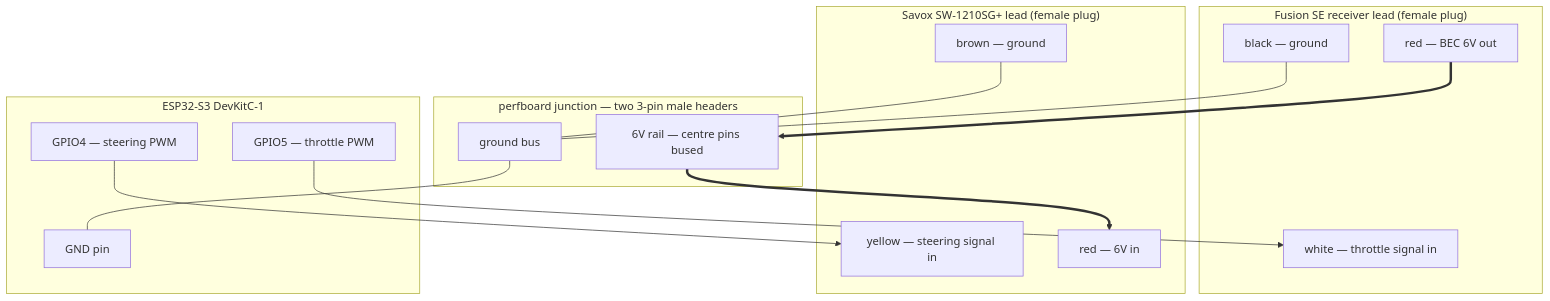
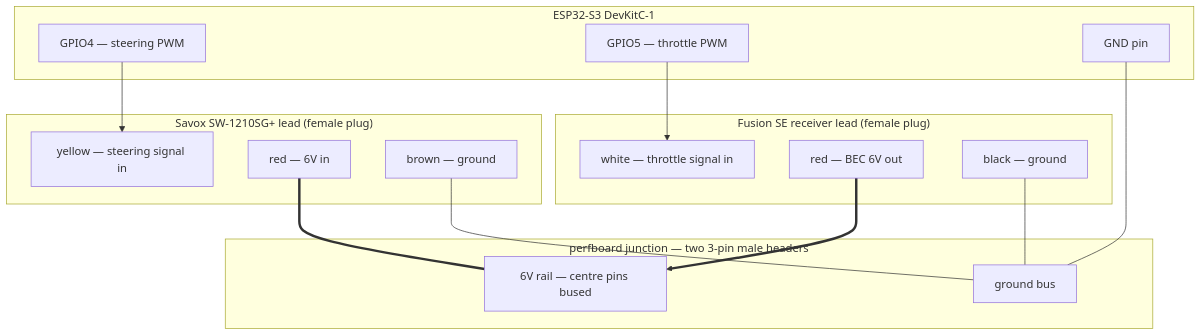
The second of 2 diagrams in hardware.md (op12no2/mike), drawn with Mermaid before and after one commit. The commit also changed other lines of this file, not shown here.

First line of the commit message:
junction schematic: portrait layout

````diff
--- a/hardware.md
+++ b/hardware.md
@@ -119,30 +119,30 @@
 ```mermaid
 flowchart TD
+  subgraph dev["ESP32-S3 DevKitC-1"]
+    g4["GPIO4 — steering PWM"]
+    g5["GPIO5 — throttle PWM"]
+    gp["GND pin"]
+  end
   subgraph esc["Fusion SE receiver lead (female plug)"]
     ew["white — throttle signal in"]
     er["red — BEC 6V out"]
     eb["black — ground"]
   end
   subgraph servo["Savox SW-1210SG+ lead (female plug)"]
     sy["yellow — steering signal in"]
     sr["red — 6V in"]
     sb["brown — ground"]
   end
   subgraph jct["perfboard junction — two 3-pin male headers"]
     rail["6V rail — centre pins bused"]
     gnd["ground bus"]
   end
-  subgraph dev["ESP32-S3 DevKitC-1"]
-    g4["GPIO4 — steering PWM"]
-    g5["GPIO5 — throttle PWM"]
-    gp["GND pin"]
-  end
 
+  g4 --> sy
+  g5 --> ew
+  gp --- gnd
   er ==> rail
-  rail ==> sr
+  sr === rail
   eb --- gnd
   sb --- gnd
-  gnd --- gp
-  g4 --> sy
-  g5 --> ew
 ```
````
